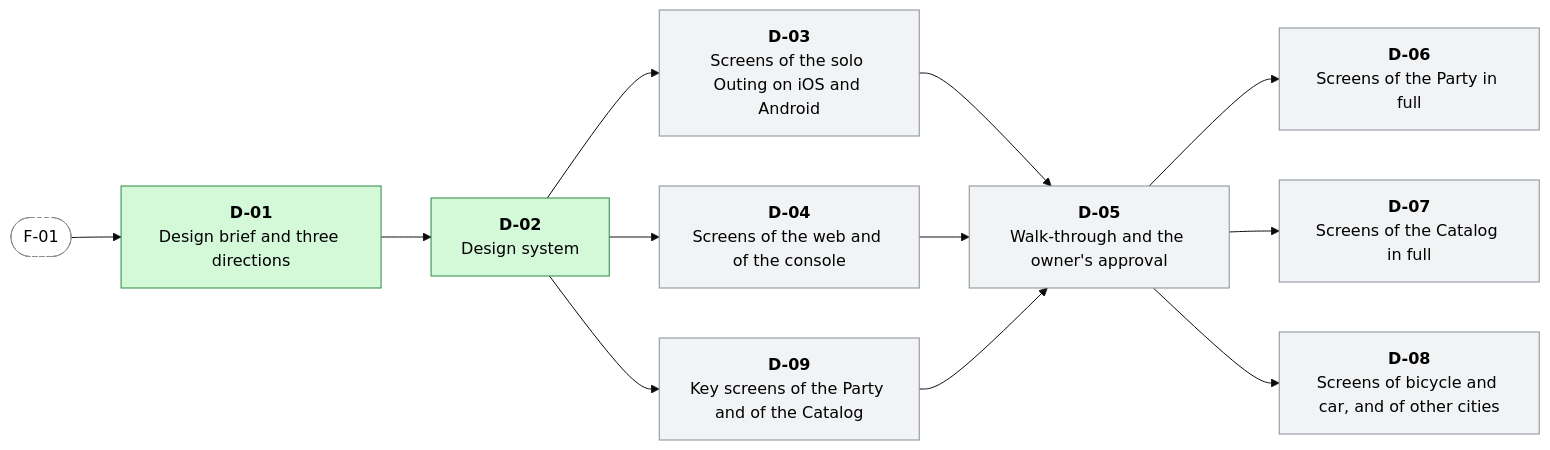
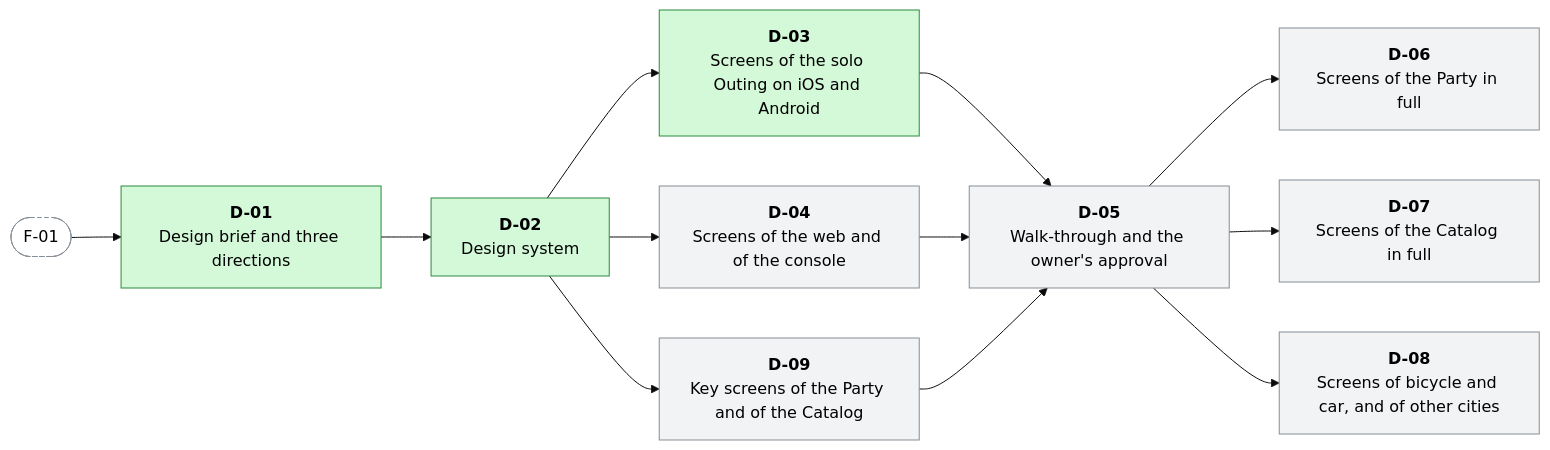
One commit to menisika/Smart-Tour-Guide-and-Itinerary-Planner changed the second of 17 diagrams in docs/WORK-PLAN.md. Above: the diagram before and after it, drawn with Mermaid (base theme). The commit also changed other lines of this file and 44 other files, not shown here.

First line of the commit message:
feat(design): draw the screens of the solo Outing (#4)

````diff
--- a/docs/WORK-PLAN.md
+++ b/docs/WORK-PLAN.md
@@ -272,29 +272,29 @@
 ```mermaid
 flowchart LR
   classDef done fill:#d3f9d8,stroke:#2b8a3e,color:#000
   classDef progress fill:#fff3bf,stroke:#e67700,color:#000
   classDef blocked fill:#ffe3e3,stroke:#c92a2a,color:#000
   classDef todo fill:#f1f3f5,stroke:#868e96,color:#000
   classDef outside fill:#ffffff,stroke:#868e96,stroke-dasharray:4 3,color:#000
   D_01["<b>D-01</b><br/>Design brief and three directions"]:::done
   D_02["<b>D-02</b><br/>Design system"]:::done
-  D_03["<b>D-03</b><br/>Screens of the solo Outing on iOS and Android"]:::todo
+  D_03["<b>D-03</b><br/>Screens of the solo Outing on iOS and Android"]:::done
   D_04["<b>D-04</b><br/>Screens of the web and of the console"]:::todo
   D_09["<b>D-09</b><br/>Key screens of the Party and of the Catalog"]:::todo
   D_05["<b>D-05</b><br/>Walk-through and the owner's approval"]:::todo
   D_06["<b>D-06</b><br/>Screens of the Party in full"]:::todo
   D_07["<b>D-07</b><br/>Screens of the Catalog in full"]:::todo
   D_08["<b>D-08</b><br/>Screens of bicycle and car, and of other cities"]:::todo
   F_01(["F-01"]):::outside
   F_01 --> D_01
   D_01 --> D_02
   D_02 --> D_03
   D_02 --> D_04
   D_02 --> D_09
   D_03 --> D_05
   D_04 --> D_05
   D_09 --> D_05
   D_05 --> D_06
   D_05 --> D_07
   D_05 --> D_08
 ```
````
